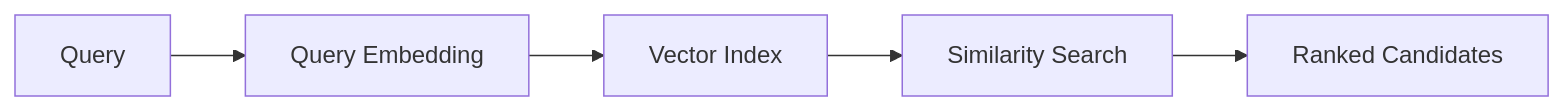
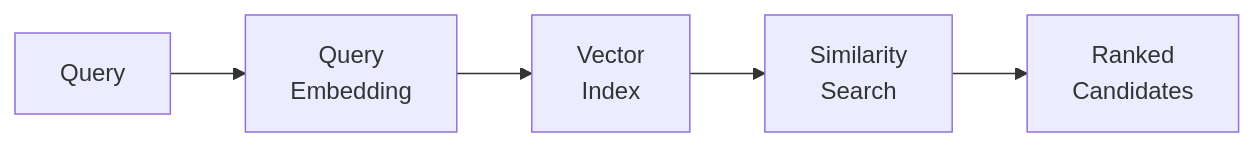
The third of 14 diagrams in docs/architecture-insights/genai-and-rag/3.4_engineering_hybrid_retrieval_sparse_dense.md (MihirKJha/enterprise-ai-blog), drawn with Mermaid before and after one commit. The commit also changed other lines of this file, not shown here.

First line of the commit message:
Updated 3.5_architecting_multi_stage_retrieval_from_recall_to_precision.md

````diff
--- a/docs/architecture-insights/genai-and-rag/3.4_engineering_hybrid_retrieval_sparse_dense.md
+++ b/docs/architecture-insights/genai-and-rag/3.4_engineering_hybrid_retrieval_sparse_dense.md
@@ -105,7 +105,7 @@
 ```mermaid
 graph LR
-    Q[Query] --> E1[Query Embedding]
-    E1 --> V[Vector Index]
-    V --> S[Similarity Search]
-    S --> C[Ranked Candidates]
+    Q[Query] --> E1[Query<br/>Embedding]
+    E1 --> V[Vector<br/>Index]
+    V --> S[Similarity<br/>Search]
+    S --> C[Ranked<br/>Candidates]
 ```
````
